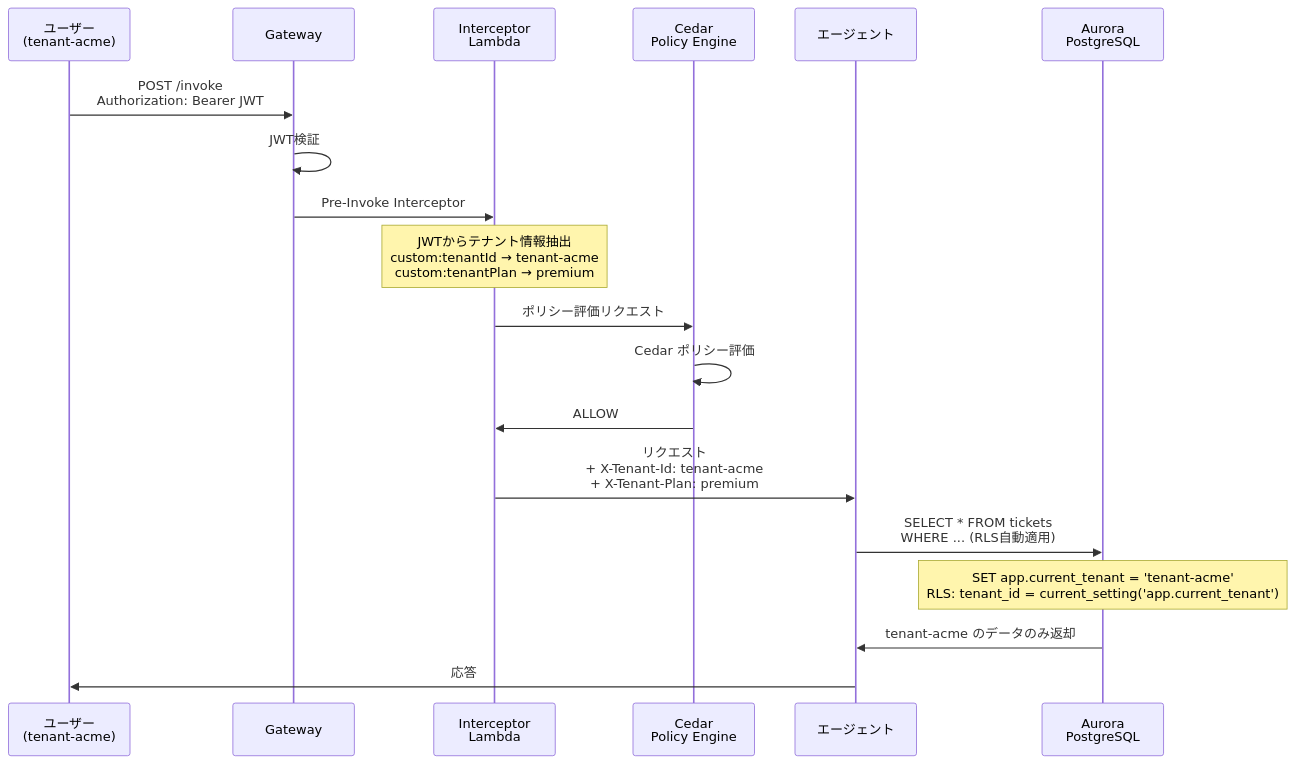
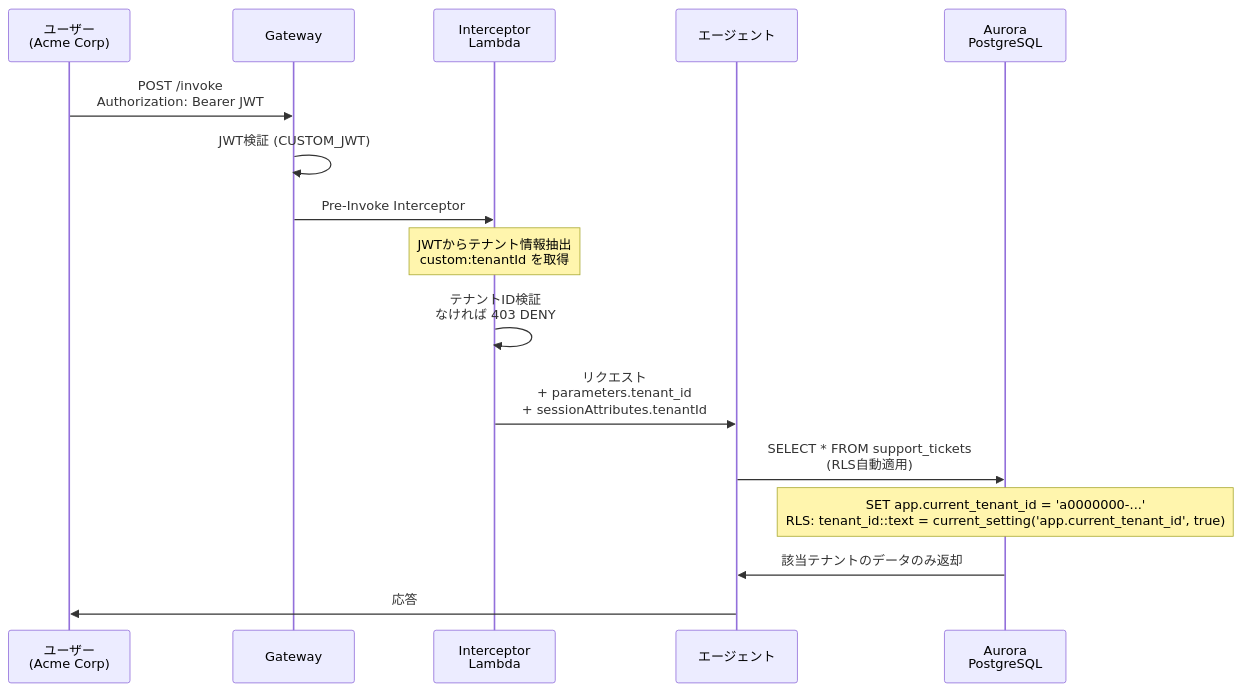
The second of 4 diagrams in docs/06-multi-tenant-isolation.md (yaggytter/agentcore-multi-tenant-handson), drawn with Mermaid before and after one commit. The commit also changed other lines of this file and 49 other files, not shown here.

````diff
--- a/docs/06-multi-tenant-isolation.md
+++ b/docs/06-multi-tenant-isolation.md
@@ -51,26 +51,22 @@
 ```mermaid
 sequenceDiagram
-    participant U as ユーザー<br/>(tenant-acme)
+    participant U as ユーザー<br/>(Acme Corp)
     participant GW as Gateway
     participant INT as Interceptor<br/>Lambda
-    participant CE as Cedar<br/>Policy Engine
     participant AG as エージェント
     participant DB as Aurora<br/>PostgreSQL
 
     U->>GW: POST /invoke<br/>Authorization: Bearer JWT
-    GW->>GW: JWT検証
+    GW->>GW: JWT検証 (CUSTOM_JWT)
     GW->>INT: Pre-Invoke Interceptor
-    Note over INT: JWTからテナント情報抽出<br/>custom:tenantId → tenant-acme<br/>custom:tenantPlan → premium
+    Note over INT: JWTからテナント情報抽出<br/>custom:tenantId を取得
 
-    INT->>CE: ポリシー評価リクエスト
-    CE->>CE: Cedar ポリシー評価
-    CE->>INT: ALLOW
+    INT->>INT: テナントID検証<br/>なければ 403 DENY
+    INT->>AG: リクエスト<br/>+ parameters.tenant_id<br/>+ sessionAttributes.tenantId
 
-    INT->>AG: リクエスト<br/>+ X-Tenant-Id: tenant-acme<br/>+ X-Tenant-Plan: premium
-
-    AG->>DB: SELECT * FROM tickets<br/>WHERE ... (RLS自動適用)
-    Note over DB: SET app.current_tenant = 'tenant-acme'<br/>RLS: tenant_id = current_setting('app.current_tenant')
-    DB->>AG: tenant-acme のデータのみ返却
+    AG->>DB: SELECT * FROM support_tickets<br/>(RLS自動適用)
+    Note over DB: SET app.current_tenant_id = 'a0000000-...'<br/>RLS: tenant_id::text = current_setting('app.current_tenant_id', true)
+    DB->>AG: 該当テナントのデータのみ返却
 
     AG->>U: 応答
 ```
````
